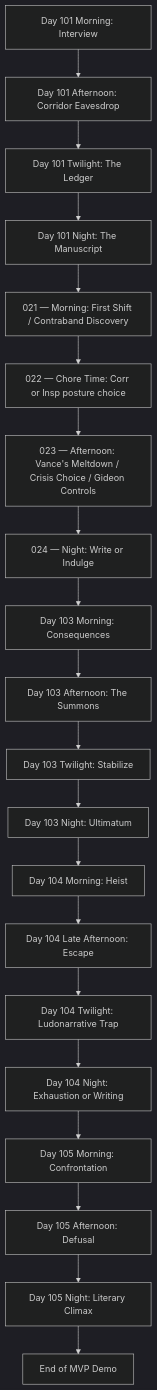
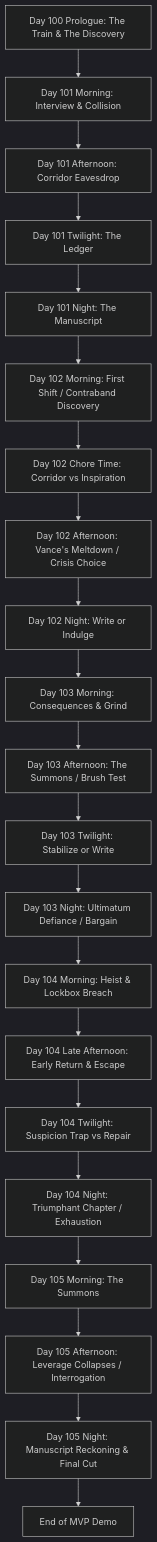
One commit to mikezilla14/untitled-victorian-vn changed the diagram in narrative/writers_room/releases/release 1 - mvp/story_board.md. Above: the diagram before and after it, drawn with Mermaid (dark theme). The commit also changed other lines of this file and 4 other files, not shown here.

````diff
--- a/narrative/writers_room/releases/release 1 - mvp/story_board.md
+++ b/narrative/writers_room/releases/release 1 - mvp/story_board.md
@@ -10,22 +10,23 @@
 ```mermaid
 flowchart TD
-    D101M[Day 101 Morning: Interview] --> D101A[Day 101 Afternoon: Corridor Eavesdrop]
+    D100[Day 100 Prologue: The Train & The Discovery] --> D101M[Day 101 Morning: Interview & Collision]
+    D101M --> D101A[Day 101 Afternoon: Corridor Eavesdrop]
     D101A --> D101T[Day 101 Twilight: The Ledger]
     D101T --> D101N[Day 101 Night: The Manuscript]
-    D101N --> D102M["021 — Morning: First Shift / Contraband Discovery"]
-    D102M --> D102C["022 — Chore Time: Corr or Insp posture choice"]
-    D102C --> D102A["023 — Afternoon: Vance's Meltdown / Crisis Choice / Gideon Controls"]
-    D102A --> D102N["024 — Night: Write or Indulge"]
-    D102N --> D103M[Day 103 Morning: Consequences]
-    D103M --> D103A[Day 103 Afternoon: The Summons]
-    D103A --> D103T[Day 103 Twilight: Stabilize]
-    D103T --> D103N[Day 103 Night: Ultimatum]
-    D103N --> D104M[Day 104 Morning: Heist]
-    D104M --> D104A[Day 104 Late Afternoon: Escape]
-    D104A --> D104T[Day 104 Twilight: Ludonarrative Trap]
-    D104T --> D104N[Day 104 Night: Exhaustion or Writing]
-    D104N --> D105M[Day 105 Morning: Confrontation]
-    D105M --> D105A[Day 105 Afternoon: Defusal]
-    D105A --> D105N[Day 105 Night: Literary Climax]
+    D101N --> D102M[Day 102 Morning: First Shift / Contraband Discovery]
+    D102M --> D102C[Day 102 Chore Time: Corridor vs Inspiration]
+    D102C --> D102A[Day 102 Afternoon: Vance's Meltdown / Crisis Choice]
+    D102A --> D102N[Day 102 Night: Write or Indulge]
+    D102N --> D103M[Day 103 Morning: Consequences & Grind]
+    D103M --> D103A[Day 103 Afternoon: The Summons / Brush Test]
+    D103A --> D103T[Day 103 Twilight: Stabilize or Write]
+    D103T --> D103N[Day 103 Night: Ultimatum Defiance / Bargain]
+    D103N --> D104M[Day 104 Morning: Heist & Lockbox Breach]
+    D104M --> D104A[Day 104 Late Afternoon: Early Return & Escape]
+    D104A --> D104T[Day 104 Twilight: Suspicion Trap vs Repair]
+    D104T --> D104N[Day 104 Night: Triumphant Chapter / Exhaustion]
+    D104N --> D105M[Day 105 Morning: The Summons]
+    D105M --> D105A[Day 105 Afternoon: Leverage Collapses / Interrogation]
+    D105A --> D105N[Day 105 Night: Manuscript Reckoning & Final Cut]
     D105N --> End[End of MVP Demo]
 ```
````
